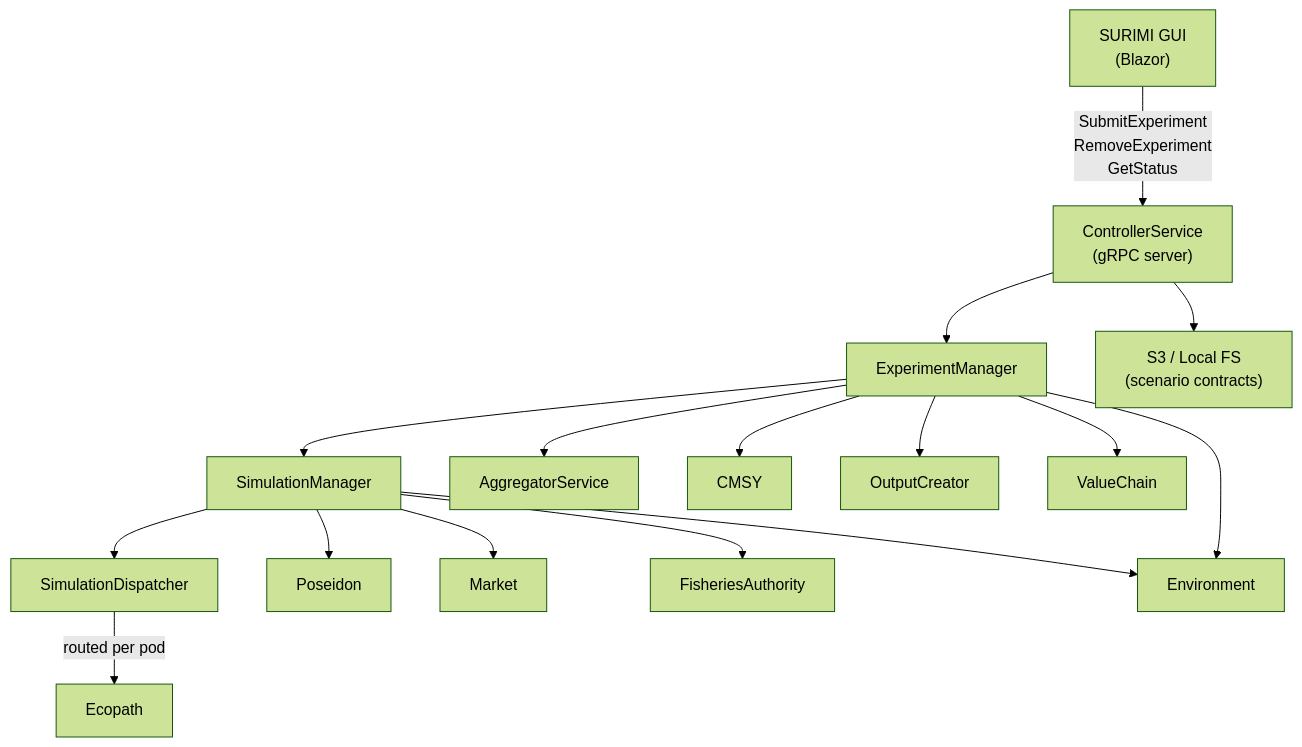
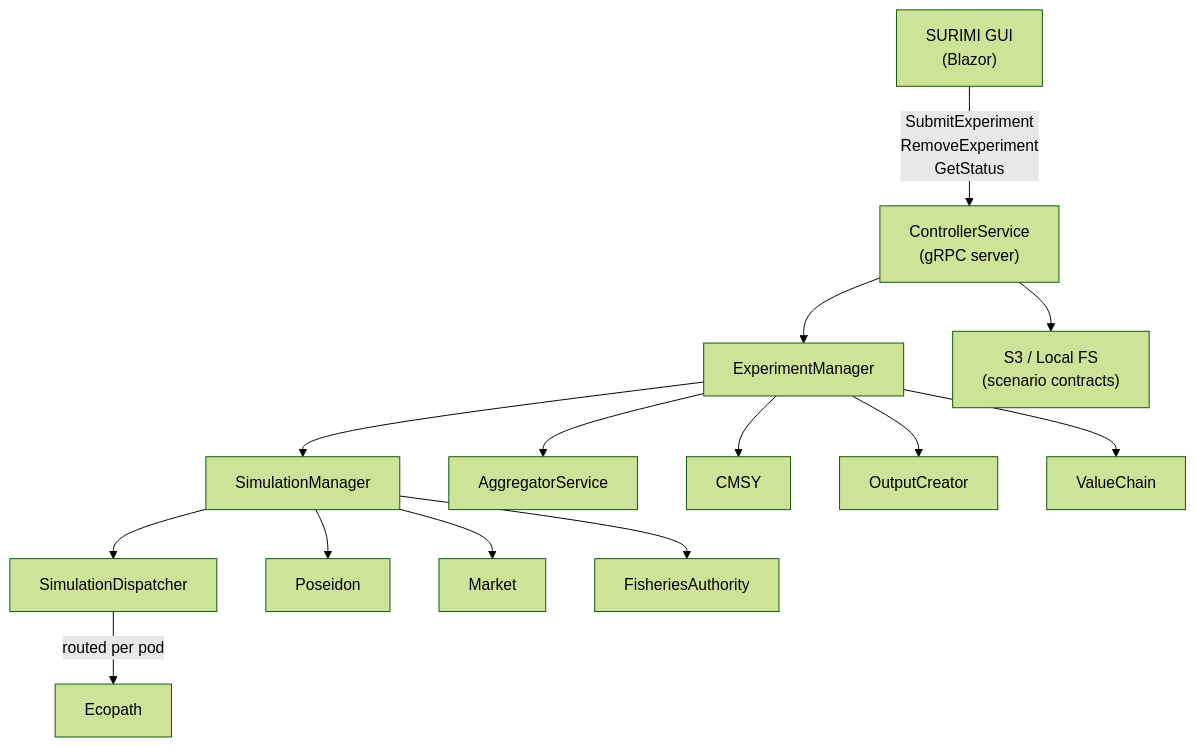
The first of 10 diagrams in controller_architecture.md (SURIMI-Project/SURIMI-controller), drawn with Mermaid (forest theme) before and after one commit. The commit also changed other lines of this file and 11 other files, not shown here.

````diff
--- a/controller_architecture.md
+++ b/controller_architecture.md
@@ -78,29 +77,27 @@
 ```mermaid
 flowchart TD
     GUI["SURIMI GUI\n(Blazor)"]
     CTRL["ControllerService\n(gRPC server)"]
     EM["ExperimentManager"]
     SM["SimulationManager"]
     AGG["AggregatorService"]
     SD["SimulationDispatcher"]
     S3["S3 / Local FS\n(scenario contracts)"]
 
     GUI -- "SubmitExperiment\nRemoveExperiment\nGetStatus" --> CTRL
     CTRL --> EM
     EM --> SM
     EM --> AGG
     SM --> SD
 
     SD -- "routed per pod" --> Ecopath
     SM --> Poseidon
     SM --> Market
     SM --> FisheriesAuthority
-    SM --> Environment
 
     EM --> CMSY
     EM --> OutputCreator
-    EM --> Environment
     EM --> ValueChain
 
     CTRL --> S3
 ```
````
